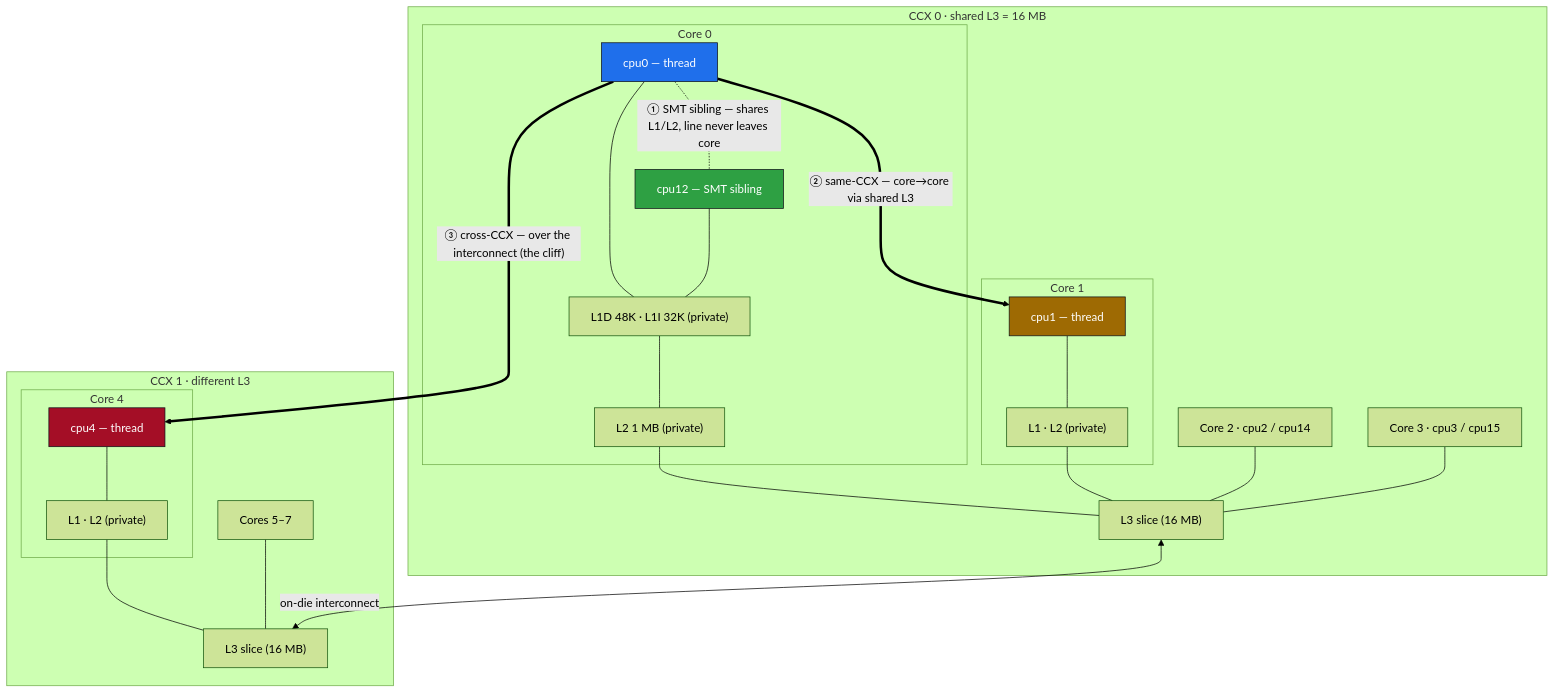
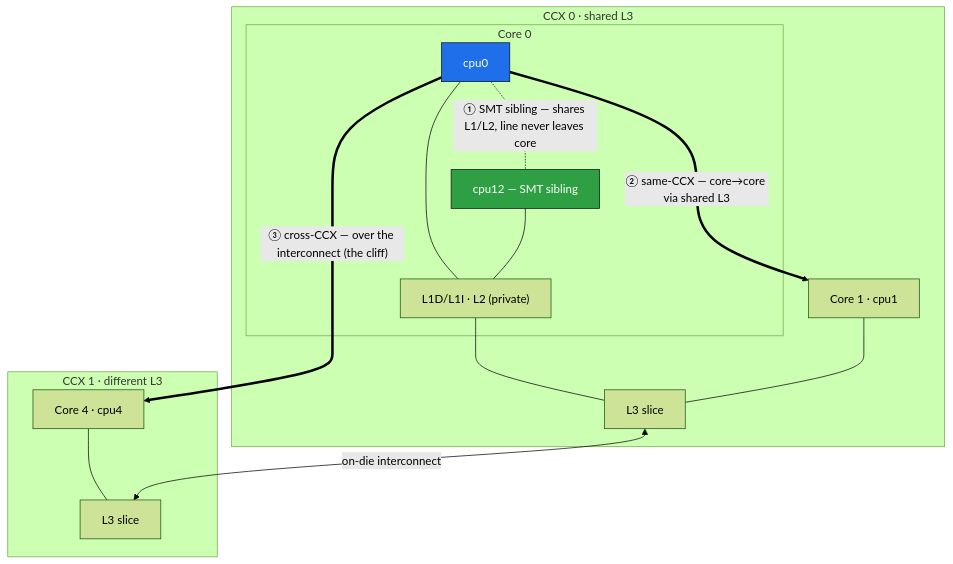
Before and after one commit to mattyv/SMT-IPC: the first of 3 diagrams in README.md, drawn with Mermaid (forest theme). The commit also changed other lines of this file and 2 other files, not shown here.

````diff
--- a/README.md
+++ b/README.md
@@ -53,49 +51,28 @@
 ```mermaid
 flowchart TB
-  subgraph CCX0["CCX 0 · shared L3 = 16 MB"]
-    L30["L3 slice (16 MB)"]
+  subgraph CCX0["CCX 0 · shared L3"]
+    L30["L3 slice"]
     subgraph CORE0["Core 0"]
-      cpu0["cpu0 — thread"]
+      cpu0["cpu0"]
       cpu12["cpu12 — SMT sibling"]
-      l1a["L1D 48K · L1I 32K (private)"]
-      l2a["L2 1 MB (private)"]
+      l1a["L1D/L1I · L2 (private)"]
     end
-    subgraph CORE1["Core 1"]
-      cpu1["cpu1 — thread"]
-      l2b["L1 · L2 (private)"]
-    end
-    CORE2["Core 2 · cpu2 / cpu14"]
-    CORE3["Core 3 · cpu3 / cpu15"]
+    CORE1["Core 1 · cpu1"]
   end
   subgraph CCX1["CCX 1 · different L3"]
-    L31["L3 slice (16 MB)"]
-    subgraph CORE4["Core 4"]
-      cpu4["cpu4 — thread"]
-      l2c["L1 · L2 (private)"]
-    end
-    CORE5["Cores 5–7"]
+    L31["L3 slice"]
+    CORE4["Core 4 · cpu4"]
   end
-
   cpu0 --- l1a
   cpu12 --- l1a
-  l1a --- l2a --- L30
-  cpu1 --- l2b --- L30
-  CORE2 --- L30
-  CORE3 --- L30
-  cpu4 --- l2c --- L31
-  CORE5 --- L31
+  l1a --- L30
+  CORE1 --- L30
+  CORE4 --- L31
   L30 <-->|on-die interconnect| L31
-
   cpu0 -. "① SMT sibling — shares L1/L2, line never leaves core" .- cpu12
-  cpu0 == "② same-CCX — core→core via shared L3" ==> cpu1
-  cpu0 == "③ cross-CCX — over the interconnect (the cliff)" ==> cpu4
-
+  cpu0 == "② same-CCX — core→core via shared L3" ==> CORE1
+  cpu0 == "③ cross-CCX — over the interconnect (the cliff)" ==> CORE4
   classDef hot fill:#1f6feb,color:#fff,stroke:#0d1117;
   classDef sib fill:#2ea043,color:#fff,stroke:#0d1117;
-  classDef same fill:#9e6a03,color:#fff,stroke:#0d1117;
-  classDef cross fill:#a40e26,color:#fff,stroke:#0d1117;
-  class cpu0 hot;
-  class cpu12 sib;
-  class cpu1 same;
-  class cpu4 cross;
+  class cpu0 hot; class cpu12 sib;
 ```
````
